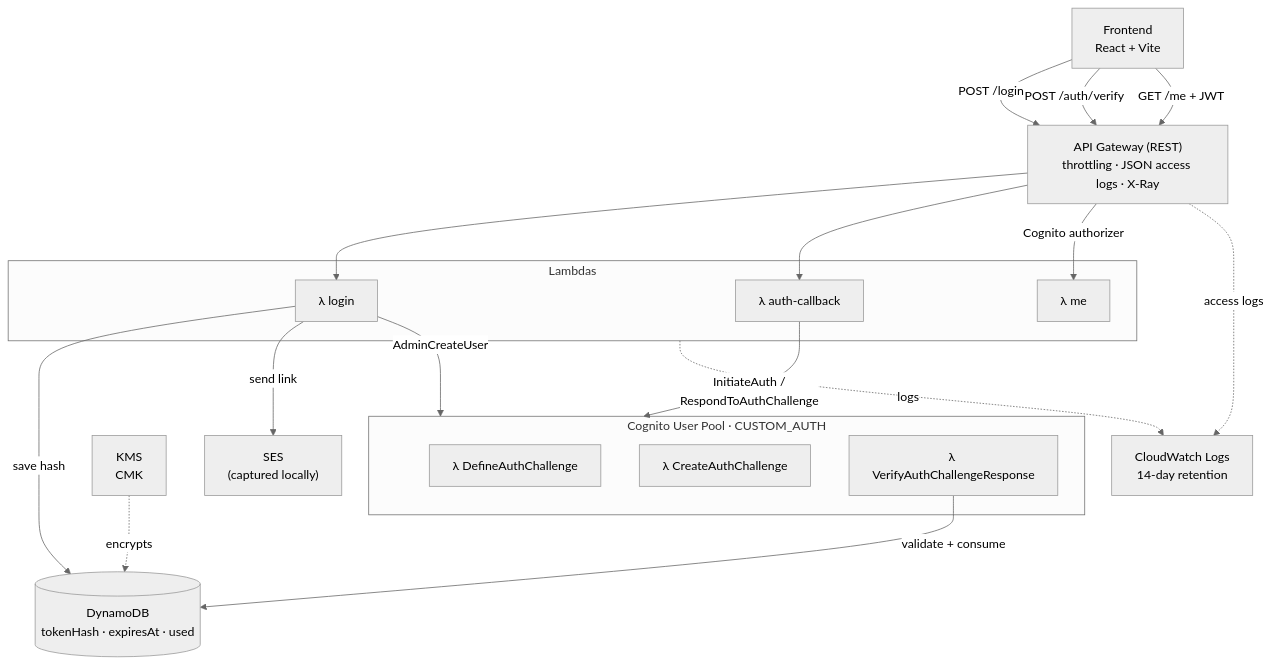
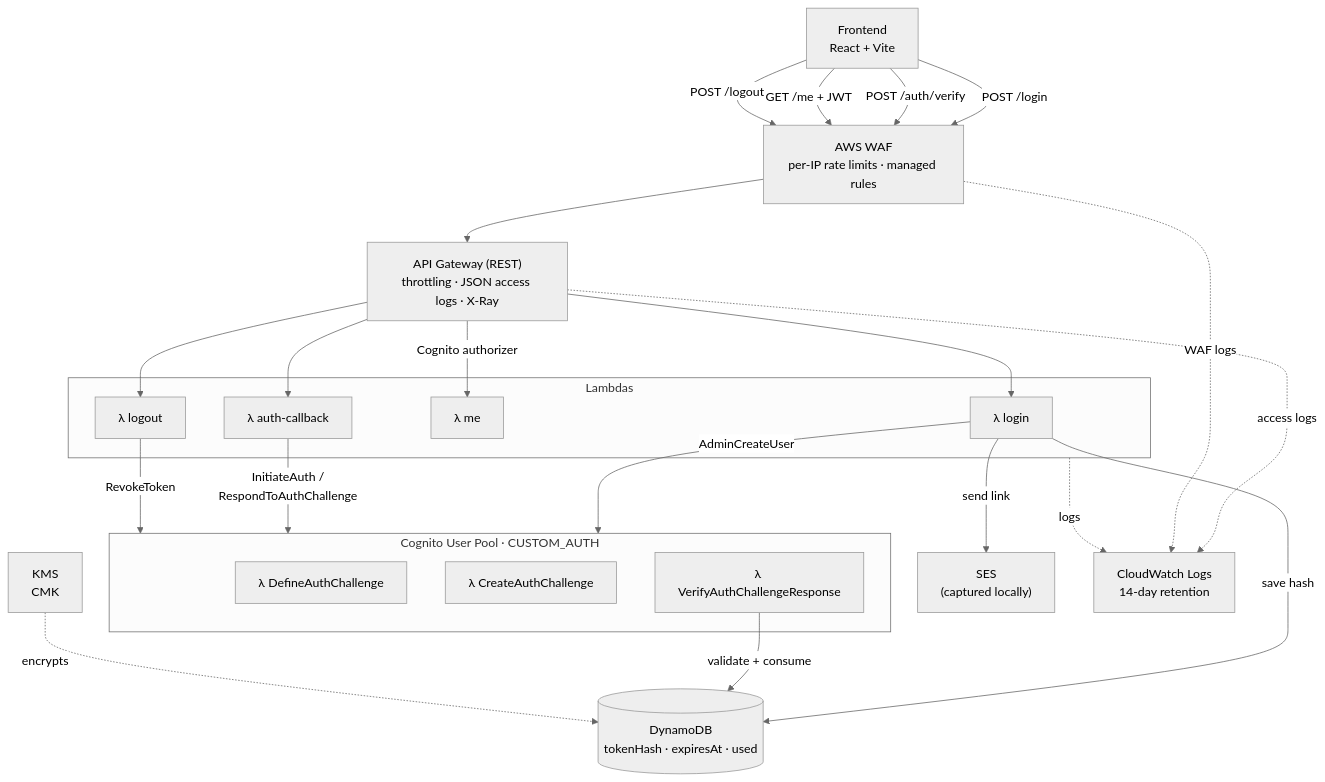
Before and after one commit to luizcurti/magic-links-with-amazon-cognito: the diagram in docs/mmd/architecture.mmd, drawn with Mermaid (neutral theme). The commit also changed 32 other files, not shown here.

```diff
--- a/docs/mmd/architecture.mmd
+++ b/docs/mmd/architecture.mmd
@@ -1,38 +1,45 @@
 flowchart TB
     FE["Frontend<br/>React + Vite"]
+    WAF["AWS WAF<br/>per-IP rate limits · managed rules"]
     APIGW["API Gateway (REST)<br/>throttling · JSON access logs · X-Ray"]
 
     subgraph Lambdas
         LOGIN["λ login"]
         VERIFY["λ auth-callback"]
         ME["λ me"]
+        LOGOUT["λ logout"]
     end
 
     subgraph Cognito["Cognito User Pool · CUSTOM_AUTH"]
         DEFINE["λ DefineAuthChallenge"]
         CREATE["λ CreateAuthChallenge"]
         CHECK["λ VerifyAuthChallengeResponse"]
     end
 
     DDB[("DynamoDB<br/>tokenHash · expiresAt · used")]
     KMS["KMS<br/>CMK"]
     SES["SES<br/>(captured locally)"]
     CW["CloudWatch Logs<br/>14-day retention"]
 
-    FE -- "POST /login" --> APIGW
-    FE -- "POST /auth/verify" --> APIGW
-    FE -- "GET /me + JWT" --> APIGW
+    FE -- "POST /login" --> WAF
+    FE -- "POST /auth/verify" --> WAF
+    FE -- "GET /me + JWT" --> WAF
+    FE -- "POST /logout" --> WAF
+    WAF --> APIGW
 
     APIGW --> LOGIN
     APIGW --> VERIFY
     APIGW -- "Cognito authorizer" --> ME
+    APIGW --> LOGOUT
 
     LOGIN -- "AdminCreateUser" --> Cognito
     LOGIN -- "save hash" --> DDB
     LOGIN -- "send link" --> SES
 
     VERIFY -- "InitiateAuth /<br/>RespondToAuthChallenge" --> Cognito
+    LOGOUT -- "RevokeToken" --> Cognito
     CHECK -- "validate + consume" --> DDB
     KMS -. "encrypts" .-> DDB
     Lambdas -. "logs" .-> CW
     APIGW -. "access logs" .-> CW
+    WAF -. "WAF logs" .-> CW
```
